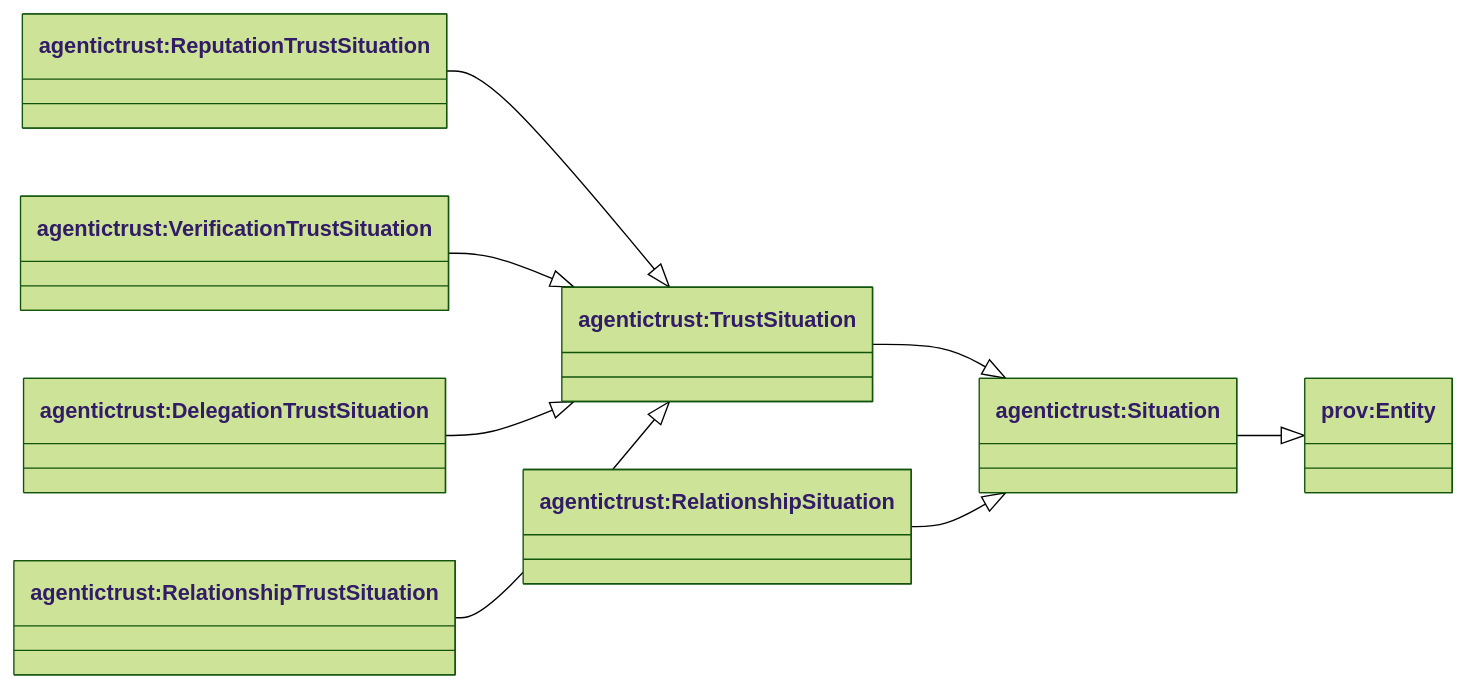
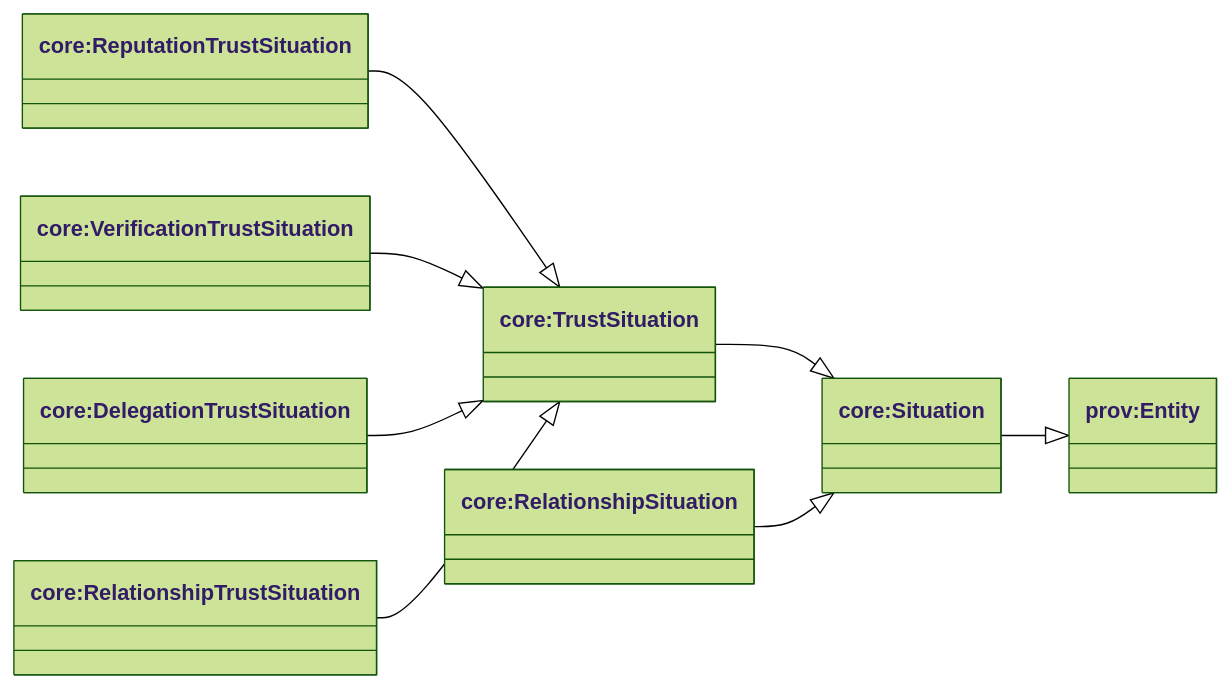
The first of 9 diagrams in docs/ontology/situation.md (Agentic-Trust-Layer/agent-explorer), drawn with Mermaid (forest theme) before and after one commit. The commit also changed other lines of this file and 49 other files, not shown here.

````diff
--- a/docs/ontology/situation.md
+++ b/docs/ontology/situation.md
@@ -13,21 +13,21 @@
 ```mermaid
 classDiagram
 direction LR
 
 class provEntity["prov:Entity"]
-class Situation["agentictrust:Situation"]
-class TrustSituation["agentictrust:TrustSituation"]
-class ReputationTrustSituation["agentictrust:ReputationTrustSituation"]
-class VerificationTrustSituation["agentictrust:VerificationTrustSituation"]
-class DelegationTrustSituation["agentictrust:DelegationTrustSituation"]
-class RelationshipSituation["agentictrust:RelationshipSituation"]
-class RelationshipTrustSituation["agentictrust:RelationshipTrustSituation"]
+class Situation["core:Situation"]
+class TrustSituation["core:TrustSituation"]
+class ReputationTrustSituation["core:ReputationTrustSituation"]
+class VerificationTrustSituation["core:VerificationTrustSituation"]
+class DelegationTrustSituation["core:DelegationTrustSituation"]
+class RelationshipSituation["core:RelationshipSituation"]
+class RelationshipTrustSituation["core:RelationshipTrustSituation"]
 
 Situation --|> provEntity
 TrustSituation --|> Situation
 ReputationTrustSituation --|> TrustSituation
 VerificationTrustSituation --|> TrustSituation
 DelegationTrustSituation --|> TrustSituation
 RelationshipSituation --|> Situation
 RelationshipTrustSituation --|> TrustSituation
 ```
````
